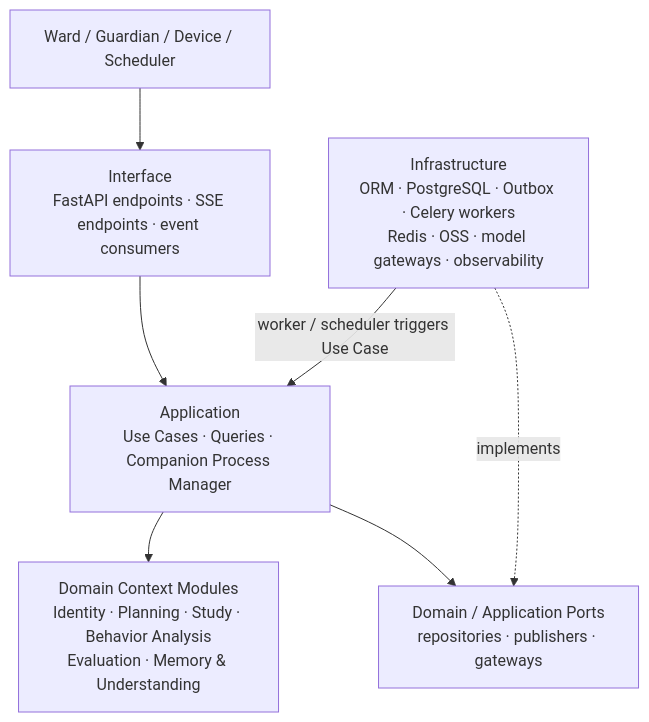
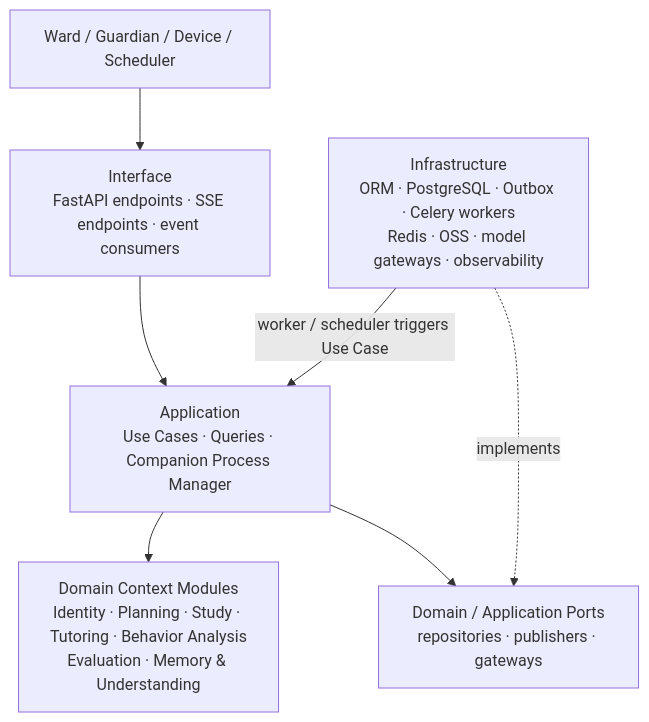
The second of 2 diagrams in docs/technical/ddd-overview.md (johanchow/duxue), drawn with Mermaid before and after one commit. The commit also changed other lines of this file and 11 other files, not shown here.

Commit message:
docs: 拆分 Study 与 Tutoring 为两个 Domain

````diff
--- a/docs/technical/ddd-overview.md
+++ b/docs/technical/ddd-overview.md
@@ -112,16 +119,16 @@
 ```mermaid
 flowchart TB
     ACT[Ward / Guardian / Device / Scheduler]
     IF[Interface<br/>FastAPI endpoints · SSE endpoints · event consumers]
     APP[Application<br/>Use Cases · Queries · Companion Process Manager]
-    DC[Domain Context Modules<br/>Identity · Planning · Study · Behavior Analysis<br/>Evaluation · Memory & Understanding]
+    DC[Domain Context Modules<br/>Identity · Planning · Study · Tutoring · Behavior Analysis<br/>Evaluation · Memory & Understanding]
     PORT[Domain / Application Ports<br/>repositories · publishers · gateways]
     INF[Infrastructure<br/>ORM · PostgreSQL · Outbox · Celery workers<br/>Redis · OSS · model gateways · observability]
 
     ACT --> IF
     IF --> APP
     APP --> DC
     APP --> PORT
     INF -.implements.-> PORT
     INF -->|worker / scheduler triggers Use Case| APP
 ```
````
